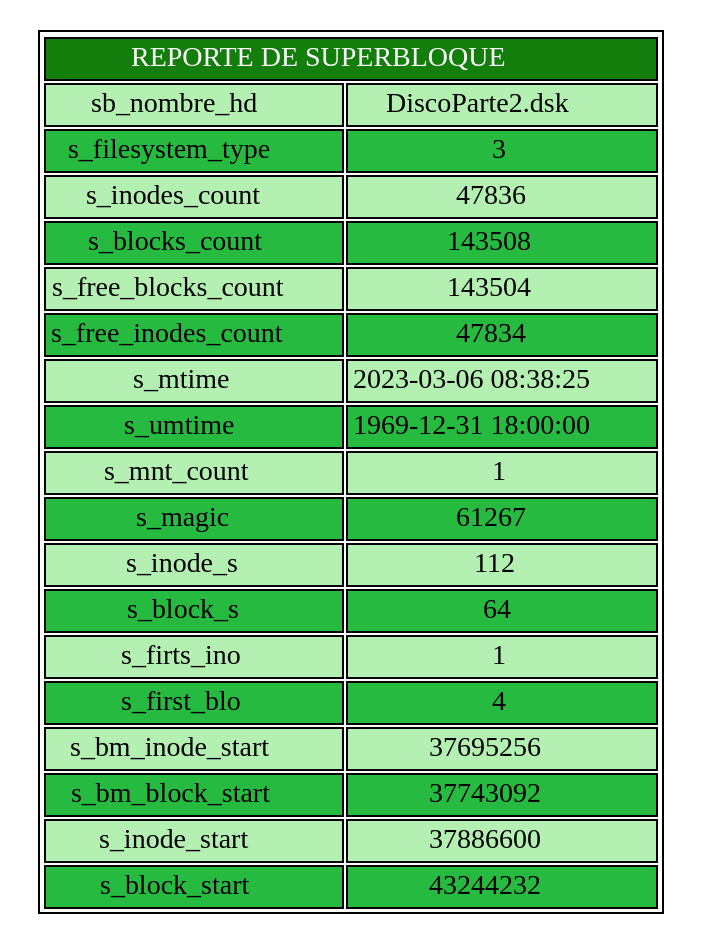
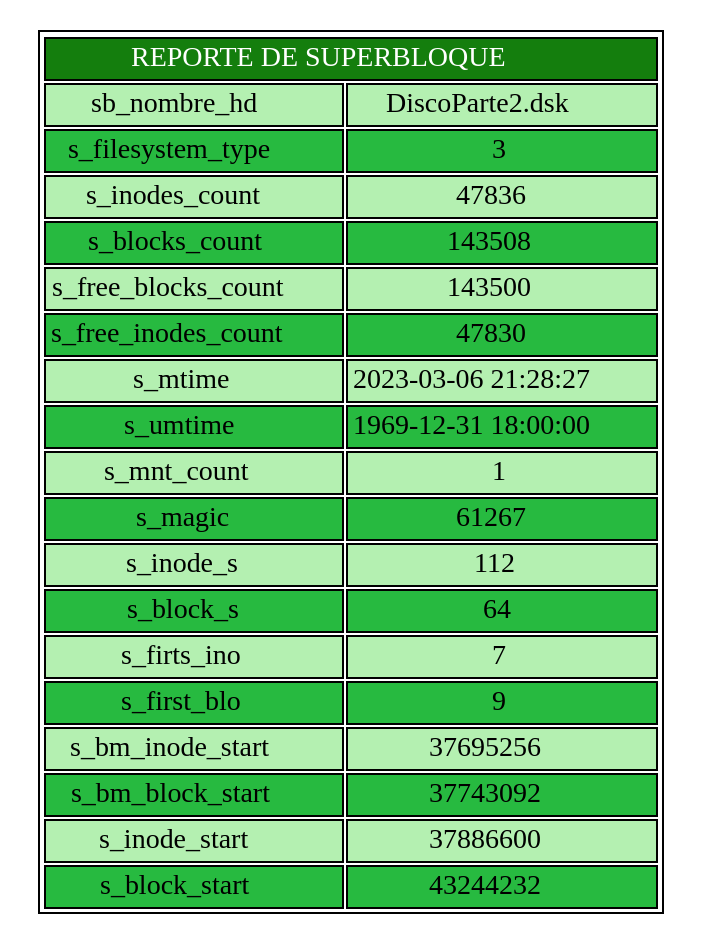
The diagram in Proyecto/cmake-build-debug/rep.dot (diegomazariegos2002/_MIA1S2023_PROYECTO1), drawn with Graphviz before and after one commit. The commit also changed 13 other files, not shown here.

```diff
--- a/Proyecto/cmake-build-debug/rep.dot
+++ b/Proyecto/cmake-build-debug/rep.dot
@@ -1,4 +1,4 @@
 digraph G {
 node[shape=none]
-start[label=<<table><tr><td colspan="2" bgcolor="#147e0d"><font color="white">REPORTE DE SUPERBLOQUE</font></td></tr><tr><td bgcolor="#b4f0b1">sb_nombre_hd</td><td bgcolor="#b4f0b1">DiscoParte2.dsk</td>)</tr><tr><td bgcolor="#27ba40">s_filesystem_type</td><td bgcolor="#27ba40">3</td>)</tr><tr><td bgcolor="#b4f0b1">s_inodes_count</td><td bgcolor="#b4f0b1">47836</td>)</tr><tr><td bgcolor="#27ba40">s_blocks_count</td><td bgcolor="#27ba40">143508</td>)</tr><tr><td bgcolor="#b4f0b1">s_free_blocks_count</td><td bgcolor="#b4f0b1">143504</td>)</tr><tr><td bgcolor="#27ba40">s_free_inodes_count</td><td bgcolor="#27ba40">47834</td>)</tr><tr><td bgcolor="#b4f0b1">s_mtime</td><td bgcolor="#b4f0b1">2023-03-06 08:38:25</td>)</tr><tr><td bgcolor="#27ba40">s_umtime</td><td bgcolor="#27ba40">1969-12-31 18:00:00</td>)</tr><tr><td bgcolor="#b4f0b1">s_mnt_count</td><td bgcolor="#b4f0b1">1</td>)</tr><tr><td bgcolor="#27ba40">s_magic</td><td bgcolor="#27ba40">61267</td>)</tr><tr><td bgcolor="#b4f0b1">s_inode_s</td><td bgcolor="#b4f0b1">112</td>)</tr><tr><td bgcolor="#27ba40">s_block_s</td><td bgcolor="#27ba40">64</td>)</tr><tr><td bgcolor="#b4f0b1">s_firts_ino</td><td bgcolor="#b4f0b1">1</td>)</tr><tr><td bgcolor="#27ba40">s_first_blo</td><td bgcolor="#27ba40">4</td>)</tr><tr><td bgcolor="#b4f0b1">s_bm_inode_start</td><td bgcolor="#b4f0b1">37695256</td>)</tr><tr><td bgcolor="#27ba40">s_bm_block_start</td><td bgcolor="#27ba40">37743092</td>)</tr><tr><td bgcolor="#b4f0b1">s_inode_start</td><td bgcolor="#b4f0b1">37886600</td>)</tr><tr><td bgcolor="#27ba40">s_block_start</td><td bgcolor="#27ba40">43244232</td>)</tr></table>>];
+start[label=<<table><tr><td colspan="2" bgcolor="#147e0d"><font color="white">REPORTE DE SUPERBLOQUE</font></td></tr><tr><td bgcolor="#b4f0b1">sb_nombre_hd</td><td bgcolor="#b4f0b1">DiscoParte2.dsk</td>)</tr><tr><td bgcolor="#27ba40">s_filesystem_type</td><td bgcolor="#27ba40">3</td>)</tr><tr><td bgcolor="#b4f0b1">s_inodes_count</td><td bgcolor="#b4f0b1">47836</td>)</tr><tr><td bgcolor="#27ba40">s_blocks_count</td><td bgcolor="#27ba40">143508</td>)</tr><tr><td bgcolor="#b4f0b1">s_free_blocks_count</td><td bgcolor="#b4f0b1">143500</td>)</tr><tr><td bgcolor="#27ba40">s_free_inodes_count</td><td bgcolor="#27ba40">47830</td>)</tr><tr><td bgcolor="#b4f0b1">s_mtime</td><td bgcolor="#b4f0b1">2023-03-06 21:28:27</td>)</tr><tr><td bgcolor="#27ba40">s_umtime</td><td bgcolor="#27ba40">1969-12-31 18:00:00</td>)</tr><tr><td bgcolor="#b4f0b1">s_mnt_count</td><td bgcolor="#b4f0b1">1</td>)</tr><tr><td bgcolor="#27ba40">s_magic</td><td bgcolor="#27ba40">61267</td>)</tr><tr><td bgcolor="#b4f0b1">s_inode_s</td><td bgcolor="#b4f0b1">112</td>)</tr><tr><td bgcolor="#27ba40">s_block_s</td><td bgcolor="#27ba40">64</td>)</tr><tr><td bgcolor="#b4f0b1">s_firts_ino</td><td bgcolor="#b4f0b1">7</td>)</tr><tr><td bgcolor="#27ba40">s_first_blo</td><td bgcolor="#27ba40">9</td>)</tr><tr><td bgcolor="#b4f0b1">s_bm_inode_start</td><td bgcolor="#b4f0b1">37695256</td>)</tr><tr><td bgcolor="#27ba40">s_bm_block_start</td><td bgcolor="#27ba40">37743092</td>)</tr><tr><td bgcolor="#b4f0b1">s_inode_start</td><td bgcolor="#b4f0b1">37886600</td>)</tr><tr><td bgcolor="#27ba40">s_block_start</td><td bgcolor="#27ba40">43244232</td>)</tr></table>>];
 }
```
